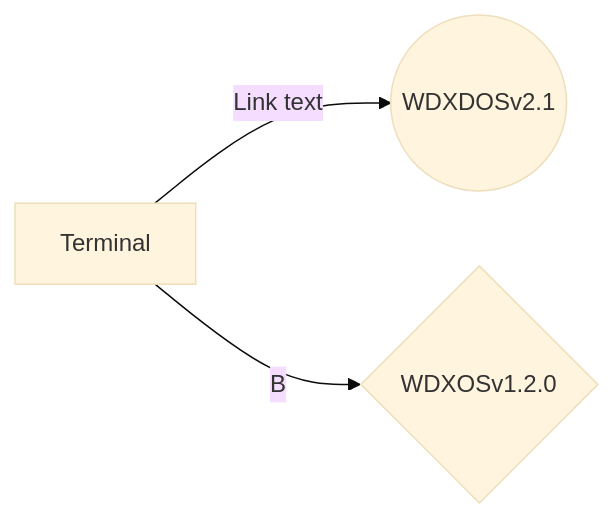
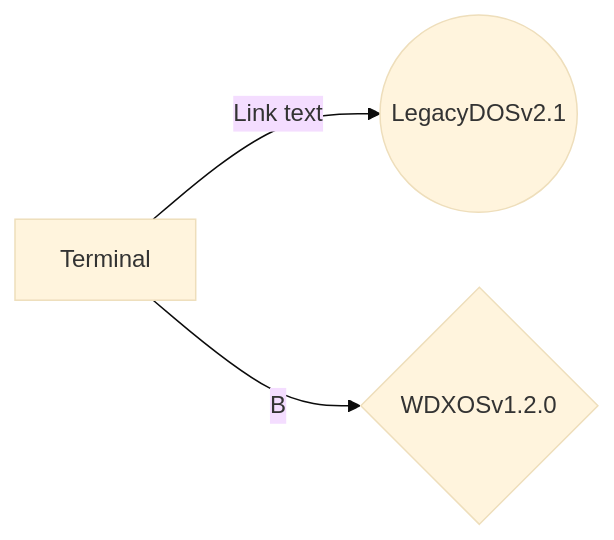
Before and after one commit to WaterDeluxeTeam/WDXOS: the diagram in README.md, drawn with Mermaid (base theme).

````diff
--- a/README.md
+++ b/README.md
@@ -11,7 +11,7 @@
 ```mermaid
 graph LR
-A[Terminal] -- Link text --> B((WDXDOSv2.1))
+A[Terminal] -- Link text --> B((LegacyDOSv2.1))
 A --
 B --> D{WDXOSv1.2.0}
 
 ```
````
